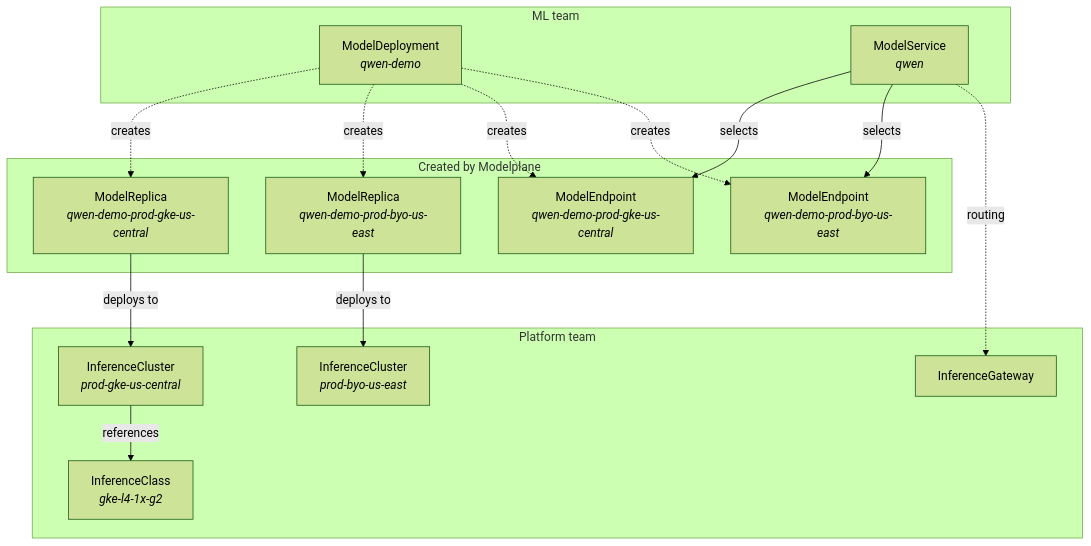
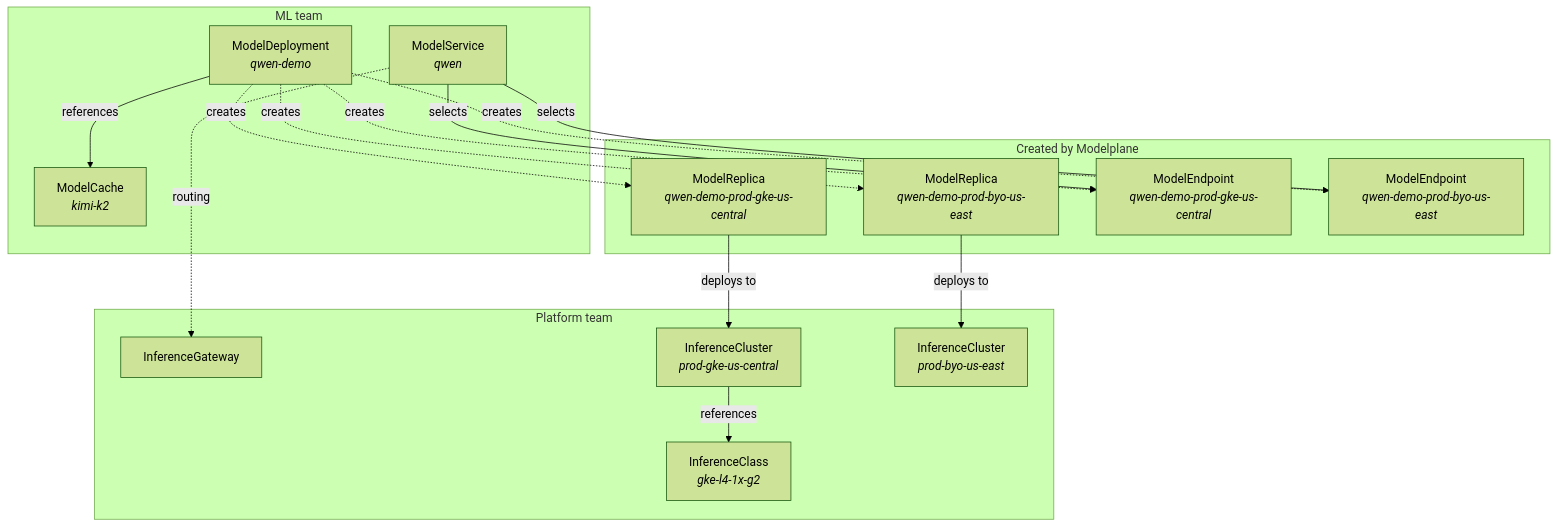
One commit to tr0njavolta/modelplane-fork changed the diagram in docs/concepts.md. Above: the diagram before and after it, drawn with Mermaid (forest theme). The commit also changed other lines of this file and 7 other files, not shown here.

````diff
--- a/docs/concepts.md
+++ b/docs/concepts.md
@@ -12,32 +12,34 @@
 ```mermaid
 graph TD
     subgraph "Platform team"
         IG[InferenceGateway]
         ICL[InferenceClass<br><i>gke-l4-1x-g2</i>]
         IC1[InferenceCluster<br><i>prod-gke-us-central</i>]
         IC2[InferenceCluster<br><i>prod-byo-us-east</i>]
     end
 
     subgraph "ML team"
+        MC[ModelCache<br><i>kimi-k2</i>]
         MD[ModelDeployment<br><i>qwen-demo</i>]
         MS[ModelService<br><i>qwen</i>]
     end
 
     subgraph "Created by Modelplane"
         MR1[ModelReplica<br><i>qwen-demo-prod-gke-us-central</i>]
         MR2[ModelReplica<br><i>qwen-demo-prod-byo-us-east</i>]
         ME1[ModelEndpoint<br><i>qwen-demo-prod-gke-us-central</i>]
         ME2[ModelEndpoint<br><i>qwen-demo-prod-byo-us-east</i>]
     end
 
     IC1 -- "references" --> ICL
+    MD -- "references" --> MC
     MD -. "creates" .-> MR1
     MD -. "creates" .-> MR2
     MD -. "creates" .-> ME1
     MD -. "creates" .-> ME2
     MR1 -- "deploys to" --> IC1
     MR2 -- "deploys to" --> IC2
     MS -- "selects" --> ME1
     MS -- "selects" --> ME2
     MS -. "routing" .-> IG
 ```
````
